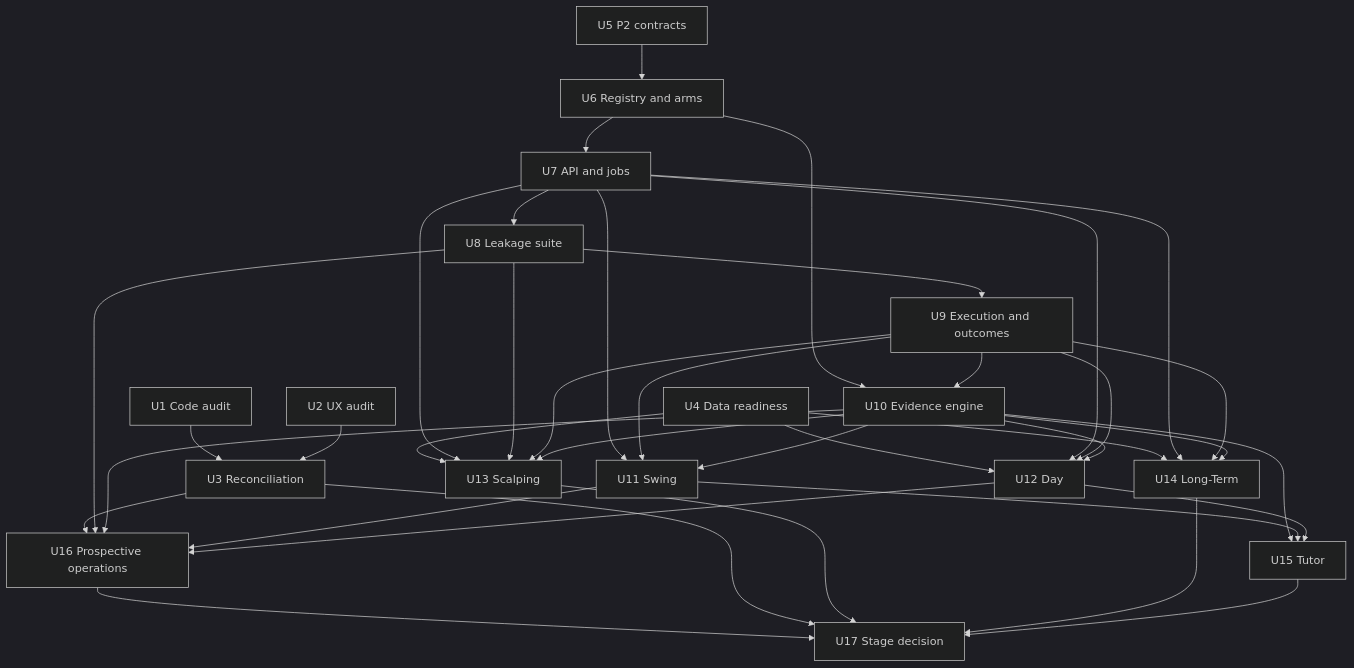
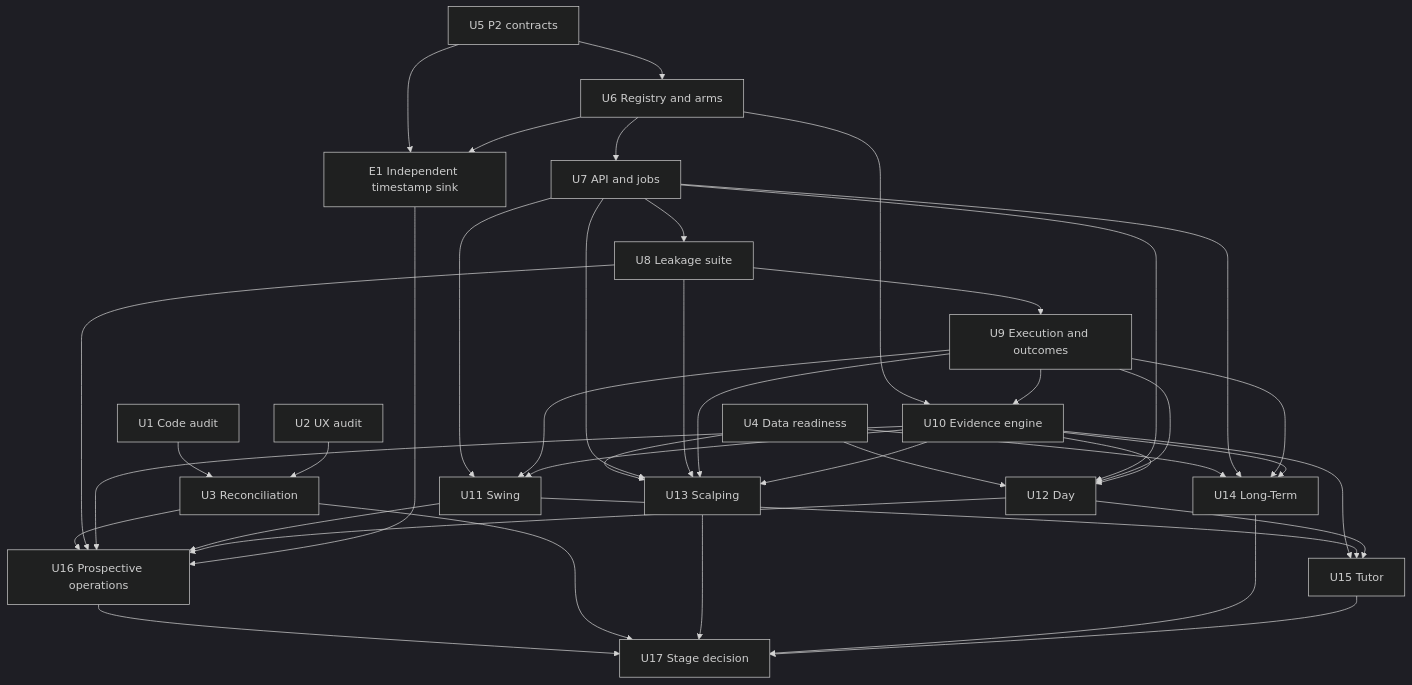
The fourth of 4 diagrams in docs/plans/2026-09-20-0710-feature-jev-trade-evidence-lab-plan.md (rikkooo/jev-trade), drawn with Mermaid (dark theme) before and after one commit. The commit also changed other lines of this file and 7 other files, not shown here.

````diff
--- a/docs/plans/2026-09-20-0710-feature-jev-trade-evidence-lab-plan.md
+++ b/docs/plans/2026-09-20-0710-feature-jev-trade-evidence-lab-plan.md
@@ -488,40 +488,43 @@
 ```mermaid
 flowchart TD
   U1[U1 Code audit] --> U3[U3 Reconciliation]
   U2[U2 UX audit] --> U3
   U4[U4 Data readiness] --> U12[U12 Day]
   U4 --> U13[U13 Scalping]
   U4 --> U14[U14 Long-Term]
   U5[U5 P2 contracts] --> U6[U6 Registry and arms]
+  U5 --> E1[E1 Independent timestamp sink]
   U6 --> U7[U7 API and jobs]
+  U6 --> E1
   U7 --> U8[U8 Leakage suite]
   U8 --> U9[U9 Execution and outcomes]
   U6 --> U10[U10 Evidence engine]
   U9 --> U10
   U7 --> U11[U11 Swing]
   U9 --> U11
   U10 --> U11
   U7 --> U12
   U9 --> U12
   U10 --> U12
   U7 --> U13
   U8 --> U13
   U9 --> U13
   U10 --> U13
   U7 --> U14
   U9 --> U14
   U10 --> U14
   U10 --> U15[U15 Tutor]
   U11 --> U15
   U12 --> U15
   U3 --> U16[U16 Prospective operations]
   U8 --> U16
   U10 --> U16
   U11 --> U16
   U12 --> U16
+  E1 --> U16
   U16 --> U17[U17 Stage decision]
   U3 --> U17
   U13 --> U17
   U14 --> U17
   U15 --> U17
 ```
````
